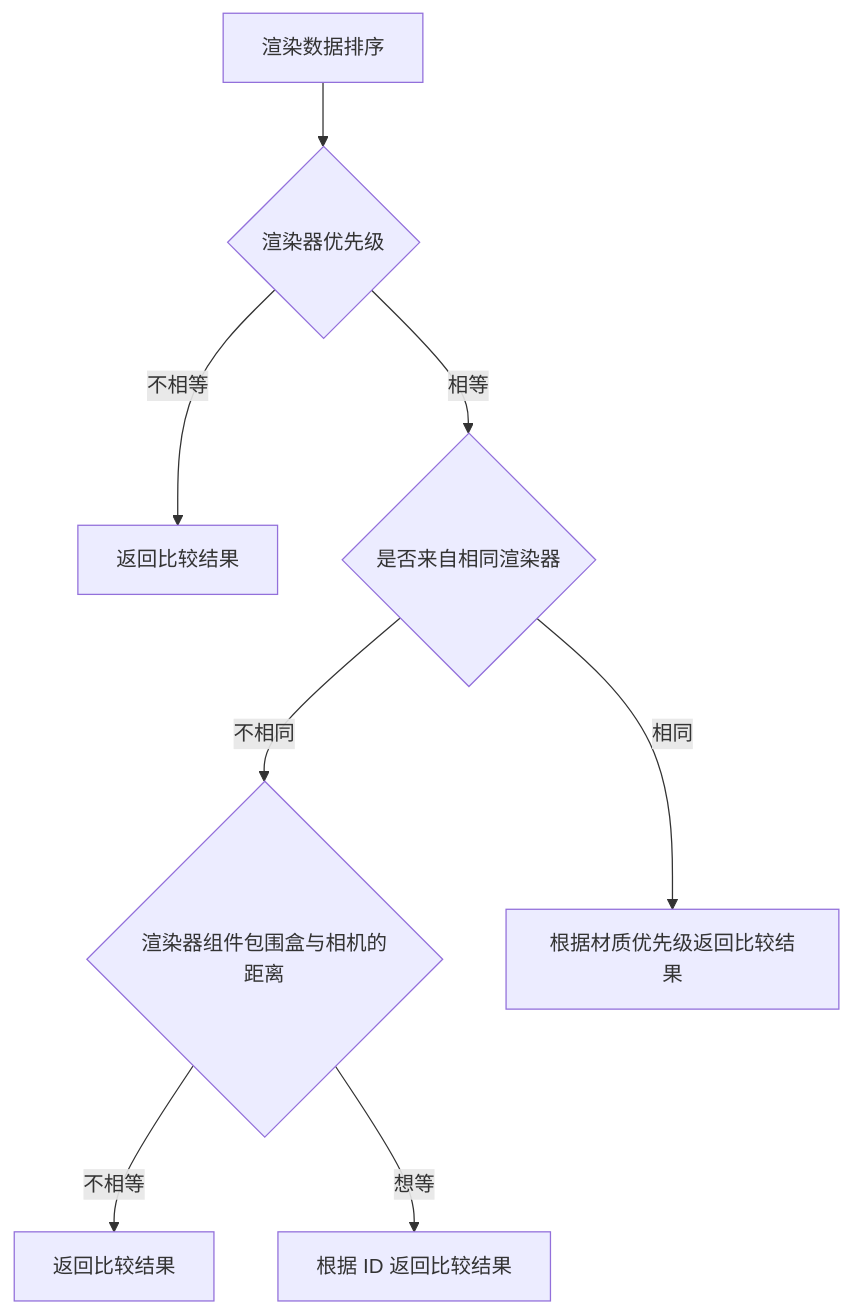
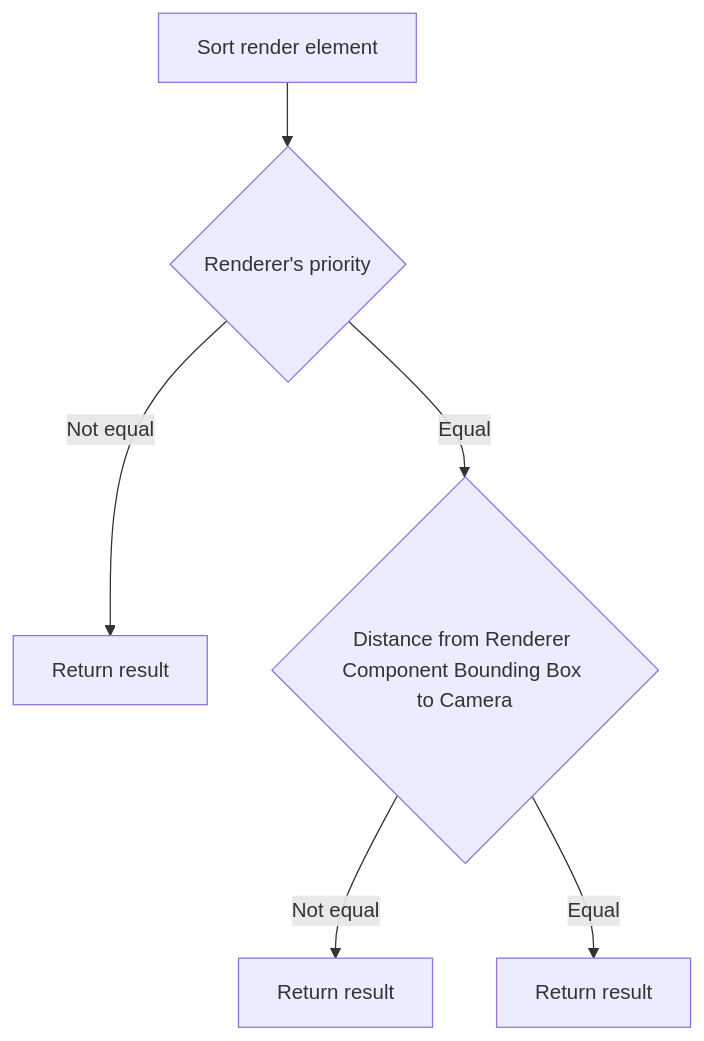
Before and after one commit to galacean/engine: the second of 2 diagrams in docs/en/graphics/renderer/order.md, drawn with Mermaid. The commit also changed other lines of this file and 1 other file, not shown here.

Commit message:
docs: update render order

````diff
--- a/docs/en/graphics/renderer/order.md
+++ b/docs/en/graphics/renderer/order.md
@@ -34,10 +34,8 @@
 ```mermaid
 flowchart TD
-    A[渲染数据排序] --> B{渲染器优先级}
-    B -->|不相等| C[返回比较结果]
-    B -->|相等| D{是否来自相同渲染器}
-    D -->|不相同| E{渲染器组件包围盒与相机的距离}
-    D -->|相同| F[根据材质优先级返回比较结果]
-    E -->|不相等| G[返回比较结果]
-    E -->|想等| H[根据 ID 返回比较结果]
+    A[Sort render element] --> B{Renderer's priority}
+    B -->|Not equal| C[Return result]
+    B -->|Equal| D{Distance from Renderer Component Bounding Box to Camera}
+    D -->|Not equal| E[Return result]
+    D -->|Equal| F[Return result]
 ```
````
